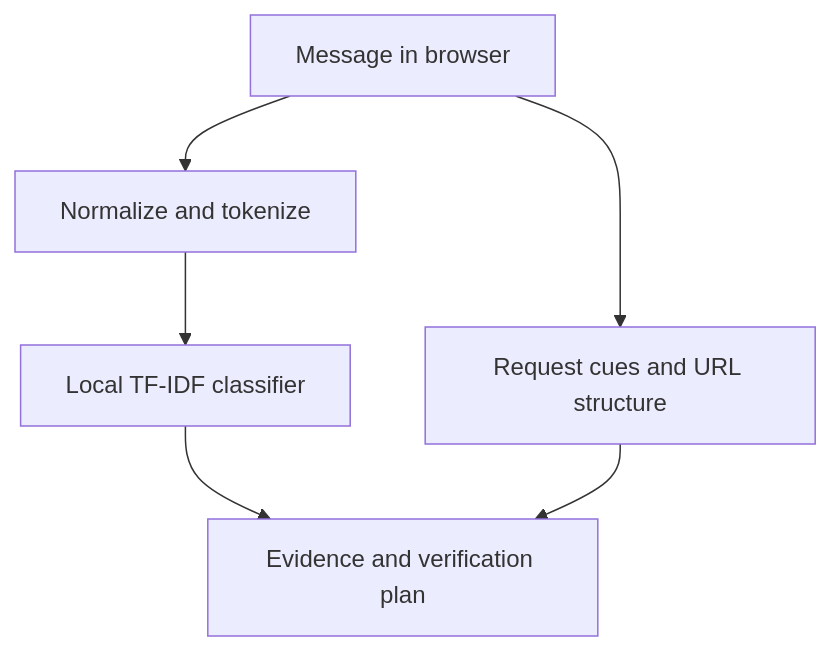
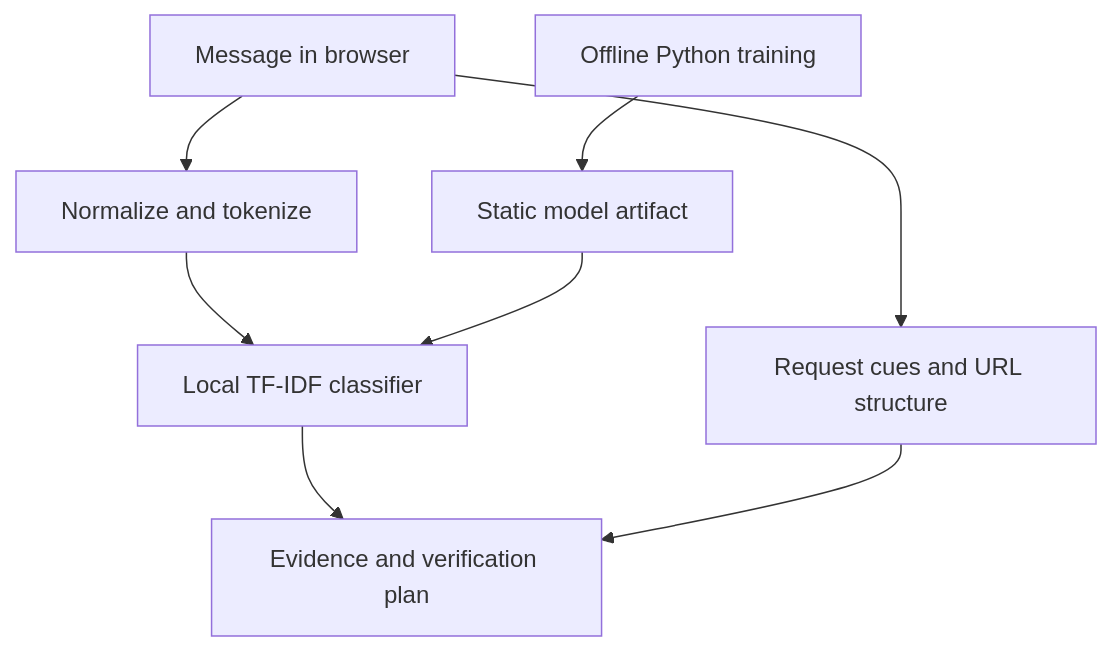
Before and after one commit to adeelfalaksher900-creator/secondlook-forgehacks: the diagram in README.md, drawn with Mermaid. The commit also changed other lines of this file, not shown here.

Commit message:
docs: improve README setup and architecture

````diff
--- a/README.md
+++ b/README.md
@@ -63,8 +39,10 @@
 ```mermaid
 flowchart TD
-  A[Message in browser] --> B[Normalize and tokenize]
-  B --> C[Local TF-IDF classifier]
-  A --> D[Request cues and URL structure]
-  C --> E[Evidence and verification plan]
-  D --> E
+    A[Message in browser] --> B[Normalize and tokenize]
+    B --> C[Local TF-IDF classifier]
+    A --> D[Request cues and URL structure]
+    C --> E[Evidence and verification plan]
+    D --> E
+    F[Offline Python training] --> G[Static model artifact]
+    G --> C
 ```
````
